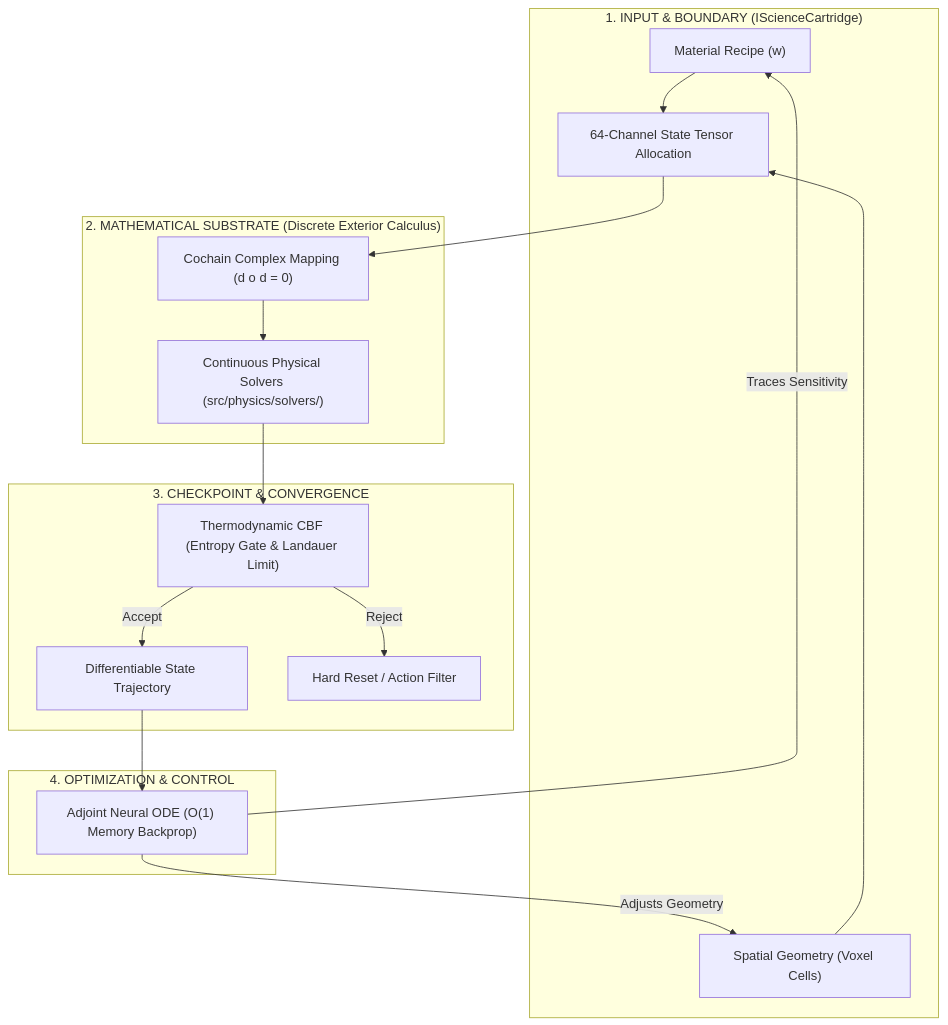
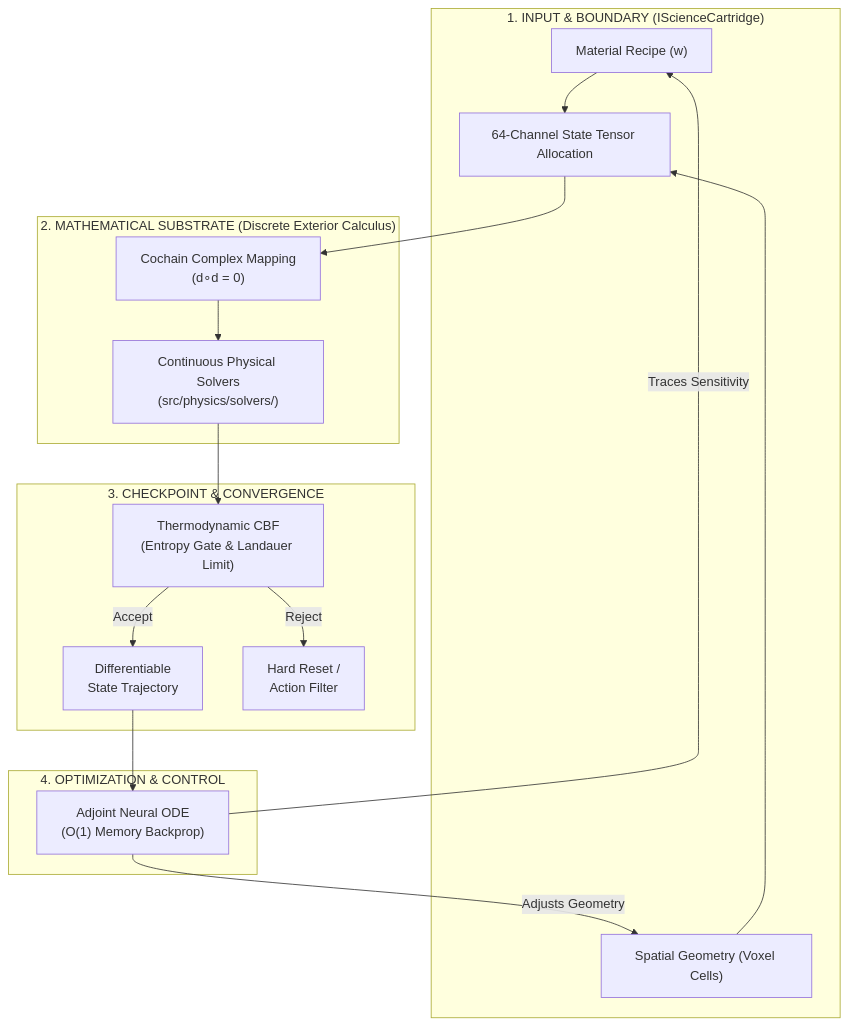
The first of 2 diagrams in README.md (tytolabs/umst-manifold), drawn with Mermaid before and after one commit. The commit also changed other lines of this file, not shown here.

First line of the commit message:
docs: polish README — fix section numbering, mermaid wiring, math rendering, add conclusion

````diff
--- a/README.md
+++ b/README.md
@@ -80,21 +80,21 @@
 ```mermaid
 graph TD
     subgraph "1. INPUT & BOUNDARY (IScienceCartridge)"
         A["Material Recipe (w)"] --> C["64-Channel State Tensor Allocation"]
         B["Spatial Geometry (Voxel Cells)"] --> C
     end
     subgraph "2. MATHEMATICAL SUBSTRATE (Discrete Exterior Calculus)"
-        C --> D["Cochain Complex Mapping (d o d = 0)"]
-        D --> E["Continuous Physical Solvers (src/physics/solvers/)"]
+        C --> D["Cochain Complex Mapping<br/>(d∘d = 0)"]
+        D --> E["Continuous Physical Solvers<br/>(src/physics/solvers/)"]
     end
     subgraph "3. CHECKPOINT & CONVERGENCE"
-        E --> F["Thermodynamic CBF (Entropy Gate & Landauer Limit)"]
-        F -->|Accept| G["Differentiable State Trajectory"]
-        F -->|Reject| H["Hard Reset / Action Filter"]
+        E --> F["Thermodynamic CBF<br/>(Entropy Gate & Landauer Limit)"]
+        F -->|Accept| G["Differentiable<br/>State Trajectory"]
+        F -->|Reject| H["Hard Reset /<br/>Action Filter"]
     end
     subgraph "4. OPTIMIZATION & CONTROL"
-        G --> I["Adjoint Neural ODE (O(1) Memory Backprop)"]
+        G --> I["Adjoint Neural ODE<br/>(O(1) Memory Backprop)"]
         I -->|Traces Sensitivity| A
         I -->|Adjusts Geometry| B
     end
 ```
````
